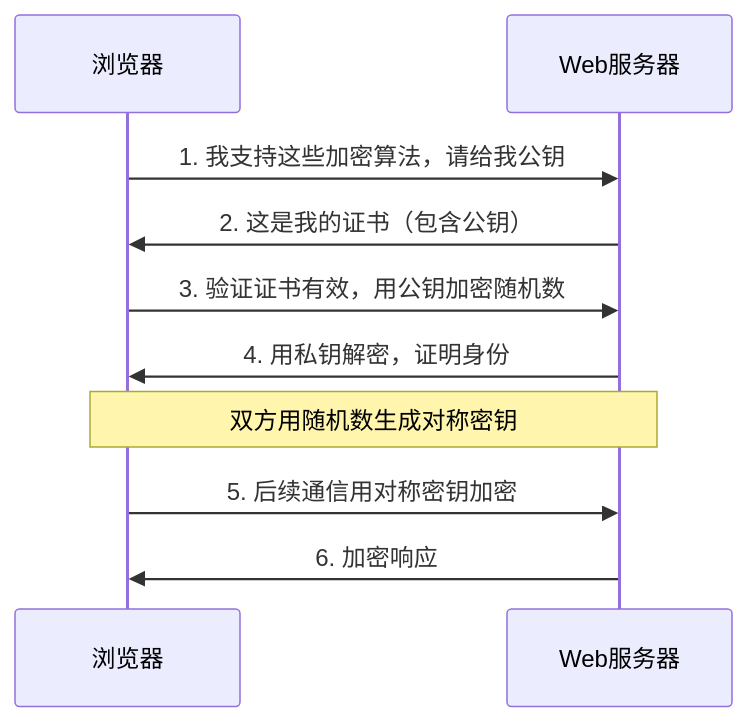
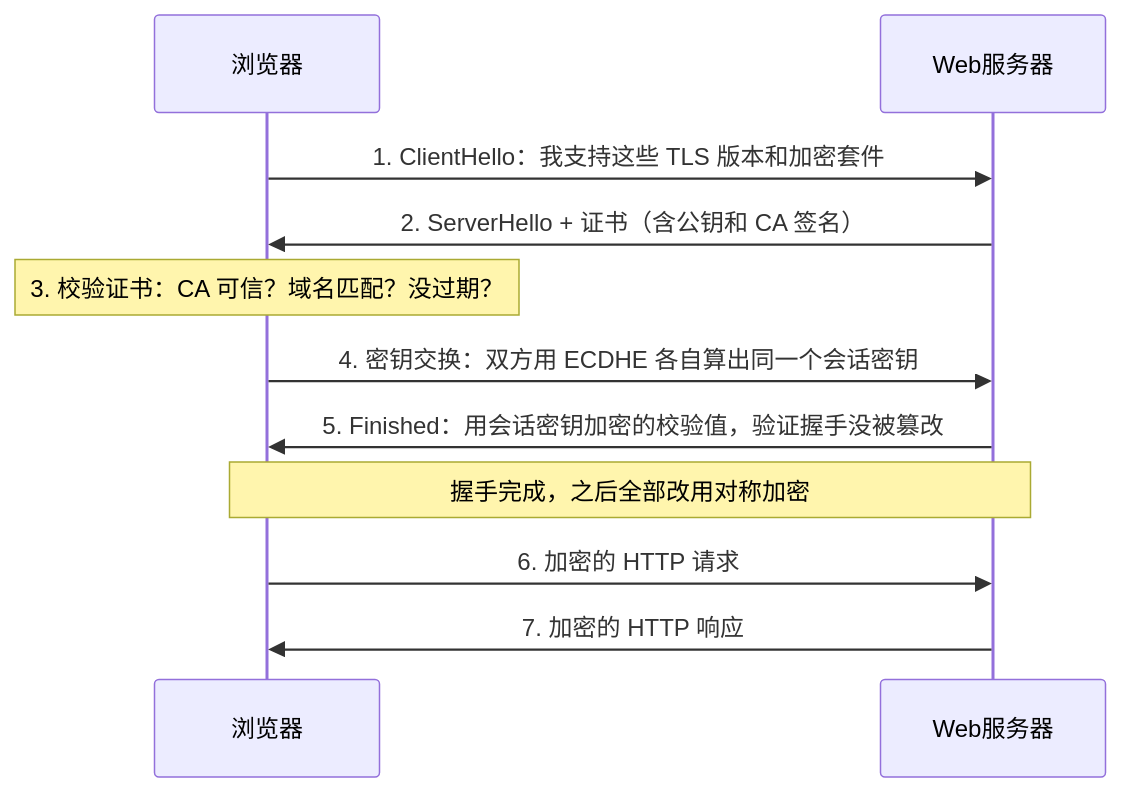
One commit to before80/prgms changed the second of 6 diagrams in content/linux/web_service/Chapter-39-Web-Server-Fundamentals.md. Above: the diagram before and after it, drawn with Mermaid. The commit also changed other lines of this file and 1645 other files, not shown here.

````diff
--- a/content/linux/web_service/Chapter-39-Web-Server-Fundamentals.md
+++ b/content/linux/web_service/Chapter-39-Web-Server-Fundamentals.md
@@ -148,13 +178,14 @@
 ```mermaid
 sequenceDiagram
     participant B as 浏览器
     participant S as Web服务器
 
-    B->>S: 1. 我支持这些加密算法，请给我公钥
-    S->>B: 2. 这是我的证书（包含公钥）
-    B->>S: 3. 验证证书有效，用公钥加密随机数
-    S->>B: 4. 用私钥解密，证明身份
-    Note over B,S: 双方用随机数生成对称密钥
-    B->>S: 5. 后续通信用对称密钥加密
-    S->>B: 6. 加密响应
+    B->>S: 1. ClientHello：我支持这些 TLS 版本和加密套件
+    S->>B: 2. ServerHello + 证书（含公钥和 CA 签名）
+    Note over B: 3. 校验证书：CA 可信？域名匹配？没过期？
+    B->>S: 4. 密钥交换：双方用 ECDHE 各自算出同一个会话密钥
+    S->>B: 5. Finished：用会话密钥加密的校验值，验证握手没被篡改
+    Note over B,S: 握手完成，之后全部改用对称加密
+    B->>S: 6. 加密的 HTTP 请求
+    S->>B: 7. 加密的 HTTP 响应
 ```
````
